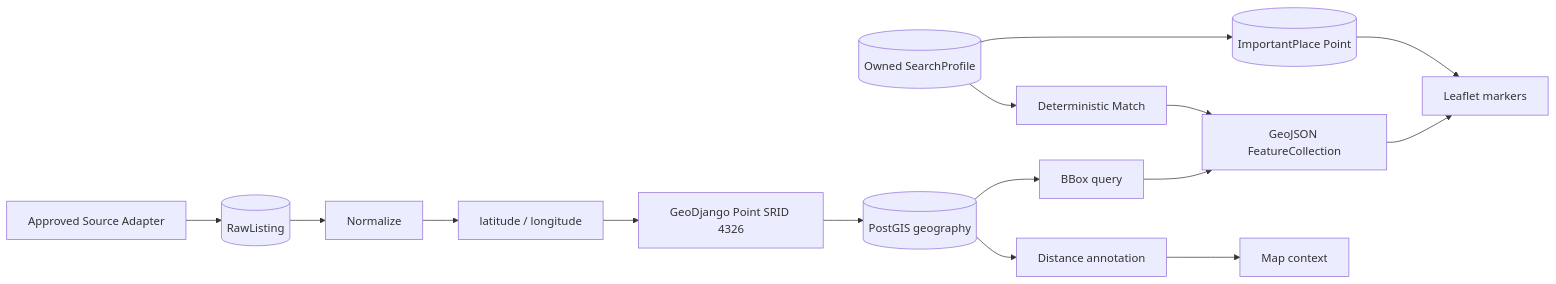
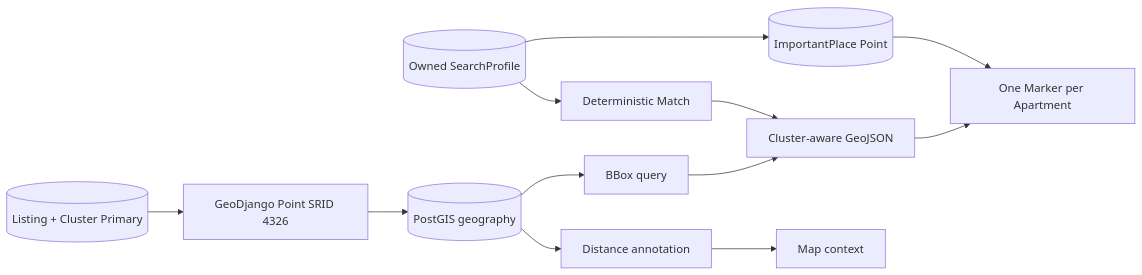
The third of 4 diagrams in docs/architecture.md (Ke1fosao/FlatHunter-AI), drawn with Mermaid before and after one commit. The commit also changed other lines of this file, not shown here.

Commit message:
docs: extend architecture for duplicate clustering

````diff
--- a/docs/architecture.md
+++ b/docs/architecture.md
@@ -75,17 +126,14 @@
 ```mermaid
 flowchart LR
-    SOURCE[Approved Source Adapter] --> RAW[(RawListing)]
-    RAW --> NORMALIZE[Normalize]
-    NORMALIZE --> DECIMAL[latitude / longitude]
-    DECIMAL --> POINT[GeoDjango Point SRID 4326]
+    LISTING[(Listing + Cluster Primary)] --> POINT[GeoDjango Point SRID 4326]
     POINT --> POSTGIS[(PostGIS geography)]
     PROFILE[(Owned SearchProfile)] --> PLACE[(ImportantPlace Point)]
     POSTGIS --> BBOX[BBox query]
     POSTGIS --> DISTANCE[Distance annotation]
-    BBOX --> GEOJSON[GeoJSON FeatureCollection]
+    BBOX --> GEOJSON[Cluster-aware GeoJSON]
     DISTANCE --> CONTEXT[Map context]
     PROFILE --> MATCH[Deterministic Match]
     MATCH --> GEOJSON
-    GEOJSON --> MAP[Leaflet markers]
+    GEOJSON --> MAP[One Marker per Apartment]
     PLACE --> MAP
 ```
````
